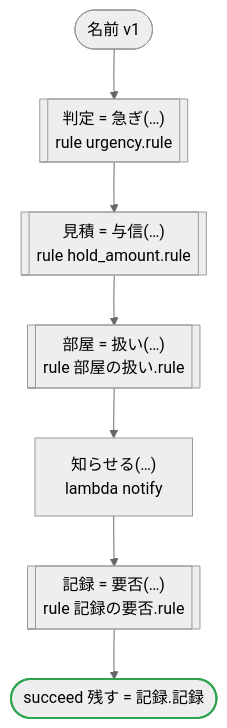
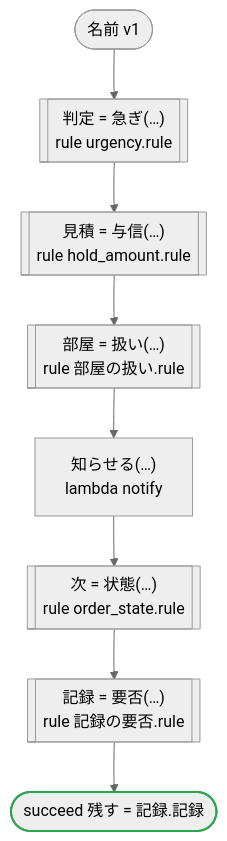
The first of 2 diagrams in crates/dandori/tests/doc/tests-flows-names.en.md (i2y/ritsu), drawn with Mermaid (neutral theme) before and after one commit. The commit also changed other lines of this file and 20 other files, not shown here.

````diff
--- a/crates/dandori/tests/doc/tests-flows-names.en.md
+++ b/crates/dandori/tests/doc/tests-flows-names.en.md
@@ -9,19 +9,21 @@
 ```mermaid
 flowchart TD
     start(["名前 v1"])
     s1[["判定 = 急ぎ(…)<br>rule urgency.rule"]]
     s2[["見積 = 与信(…)<br>rule hold_amount.rule"]]
     s3[["部屋 = 扱い(…)<br>rule 部屋の扱い.rule"]]
     s4["知らせる(…)<br>lambda notify"]
-    s5[["記録 = 要否(…)<br>rule 記録の要否.rule"]]
-    s6(["succeed 残す = 記録.記録"])
+    s5[["次 = 状態(…)<br>rule order_state.rule"]]
+    s6[["記録 = 要否(…)<br>rule 記録の要否.rule"]]
+    s7(["succeed 残す = 記録.記録"])
     start --> s1
     s1 --> s2
     s2 --> s3
     s3 --> s4
     s4 --> s5
     s5 --> s6
+    s6 --> s7
     classDef ok stroke:#2da44e,stroke-width:2px
     classDef bad stroke:#cf222e,stroke-width:2px
-    class s6 ok
+    class s7 ok
 ```
````
